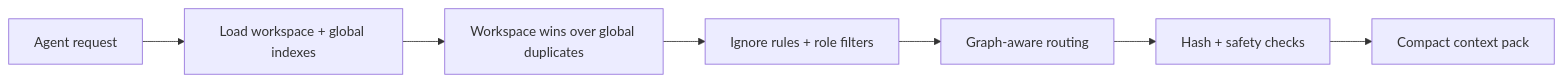
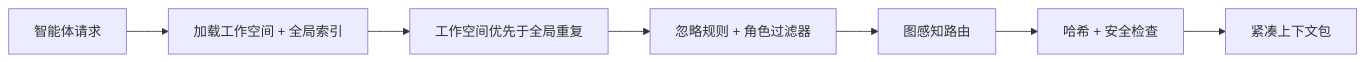
One commit to the-long-ride/engram changed the diagram in website/i18n/zh/docusaurus-plugin-content-docs/version-0.0.28/concepts/read-path.md. Above: the diagram before and after it, drawn with Mermaid. The commit also changed other lines of this file and 693 other files, not shown here.

````diff
--- a/website/i18n/zh/docusaurus-plugin-content-docs/version-0.0.28/concepts/read-path.md
+++ b/website/i18n/zh/docusaurus-plugin-content-docs/version-0.0.28/concepts/read-path.md
@@ -44,9 +44,9 @@
 ```mermaid
 flowchart LR
-  A[Agent request] --> B[Load workspace + global indexes]
-  B --> C[Workspace wins over global duplicates]
-  C --> D[Ignore rules + role filters]
-  D --> E[Graph-aware routing]
-  E --> F[Hash + safety checks]
-  F --> G[Compact context pack]
+  A[智能体请求] --> B[加载工作空间 + 全局索引]
+  B --> C[工作空间优先于全局重复]
+  C --> D[忽略规则 + 角色过滤器]
+  D --> E[图感知路由]
+  E --> F[哈希 + 安全检查]
+  F --> G[紧凑上下文包]
 ```
````
